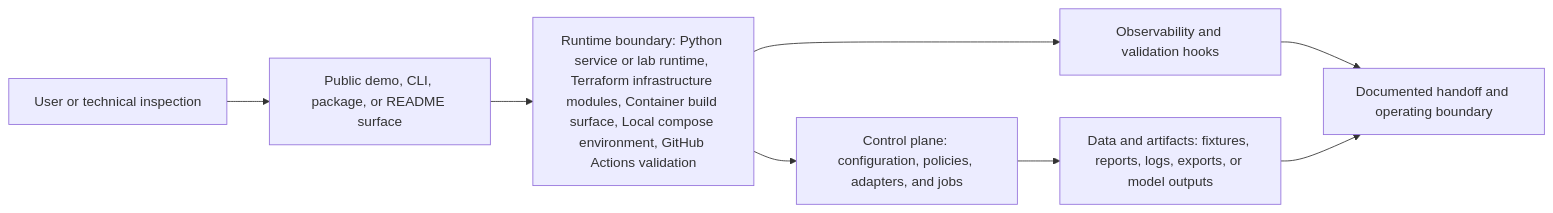
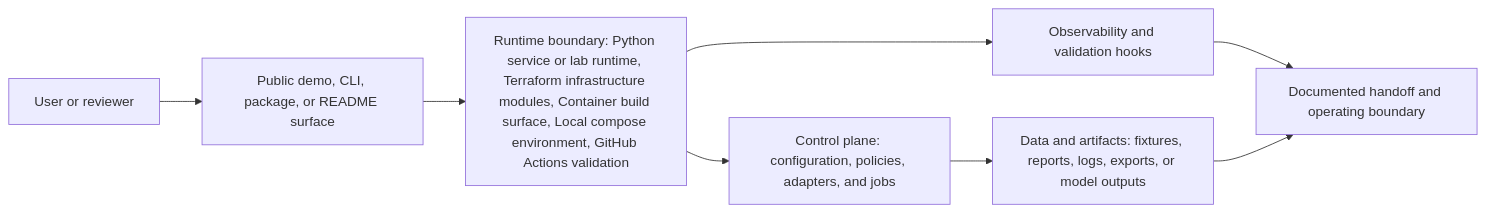
The diagram in docs/system-architecture.md (KIM3310/enterprise-llm-adoption-kit), drawn with Mermaid before and after one commit. The commit also changed 91 other files, not shown here.

````diff
--- a/docs/system-architecture.md
+++ b/docs/system-architecture.md
@@ -18,10 +18,10 @@
 ```mermaid
 flowchart LR
-    User["User or technical inspection"] --> Surface["Public demo, CLI, package, or README surface"]
+    User["User or reviewer"] --> Surface["Public demo, CLI, package, or README surface"]
     Surface --> Runtime["Runtime boundary: Python service or lab runtime, Terraform infrastructure modules, Container build surface, Local compose environment, GitHub Actions validation"]
     Runtime --> Control["Control plane: configuration, policies, adapters, and jobs"]
     Control --> Data["Data and artifacts: fixtures, reports, logs, exports, or model outputs"]
     Runtime --> Observability["Observability and validation hooks"]
     Observability --> Handoff["Documented handoff and operating boundary"]
     Data --> Handoff
 ```
````
